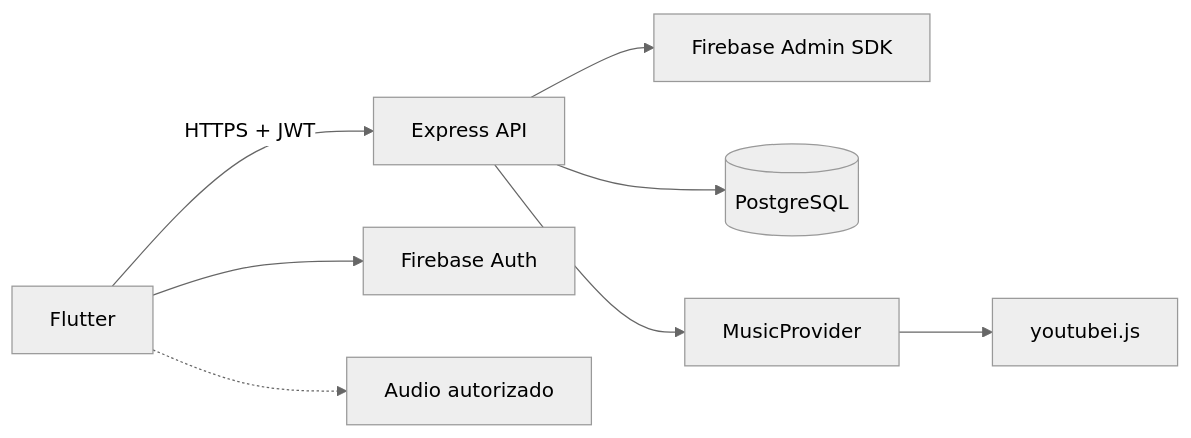
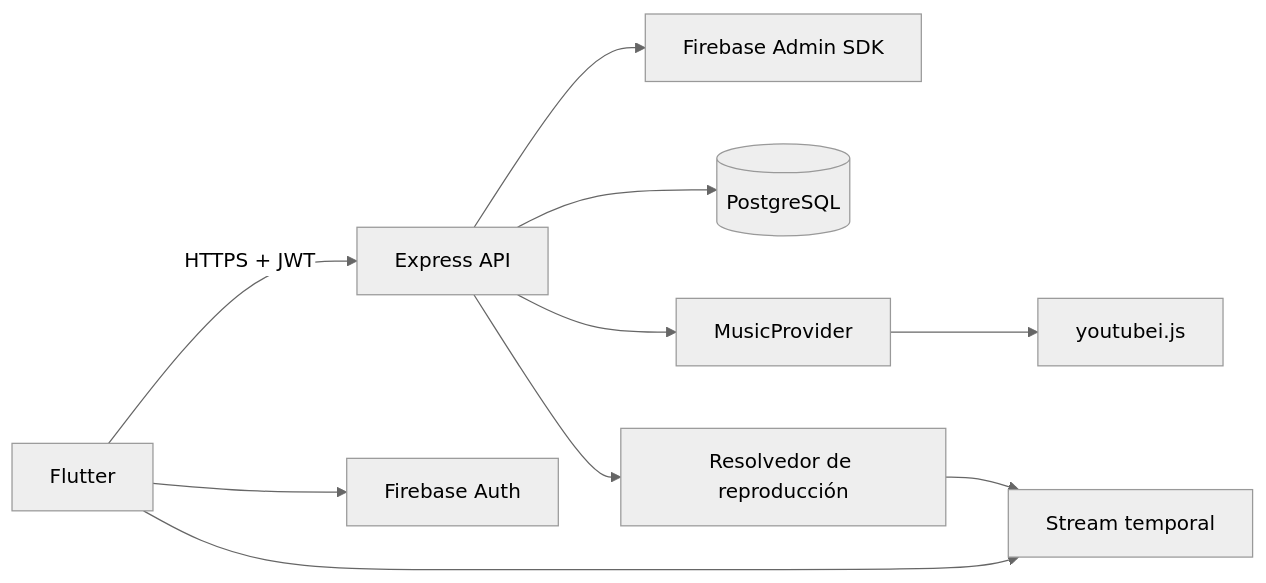
Before and after one commit to MarckDL/Mysic_App: the diagram in README.md, drawn with Mermaid (neutral theme). The commit also changed other lines of this file and 6 other files, not shown here.

Commit message:
docs(playback): plan complete stream resolution

````diff
--- a/README.md
+++ b/README.md
@@ -50,10 +52,12 @@
 ```mermaid
 flowchart LR
     Mobile["Flutter"] -->|"HTTPS + JWT"| API["Express API"]
     Mobile --> Auth["Firebase Auth"]
     API --> Admin["Firebase Admin SDK"]
     API --> DB[("PostgreSQL")]
     API --> Provider["MusicProvider"]
     Provider --> YT["youtubei.js"]
-    Mobile -.-> Player["Audio autorizado"]
+    API --> Playback["Resolvedor de reproducción"]
+    Playback --> Player["Stream temporal"]
+    Mobile --> Player
 ```
````
